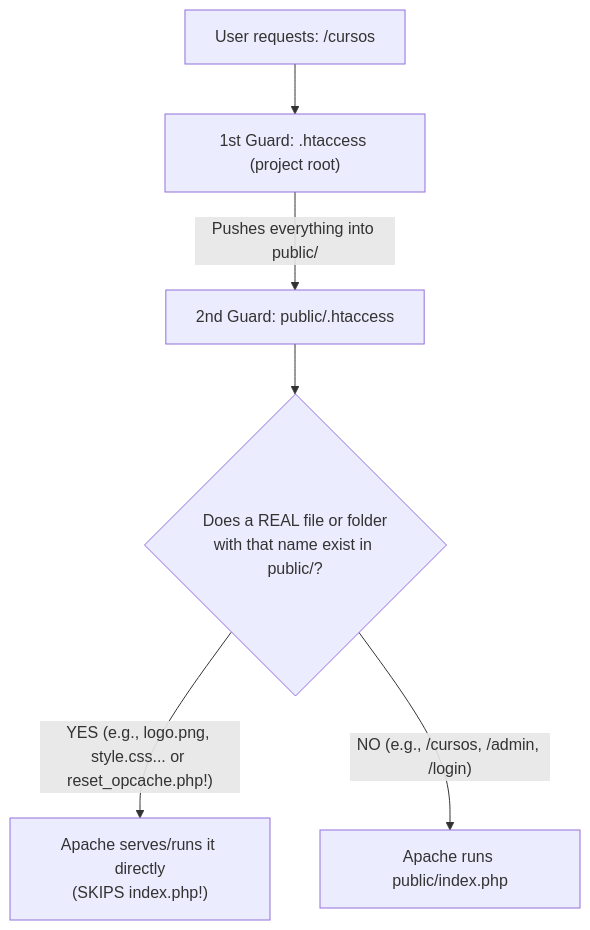
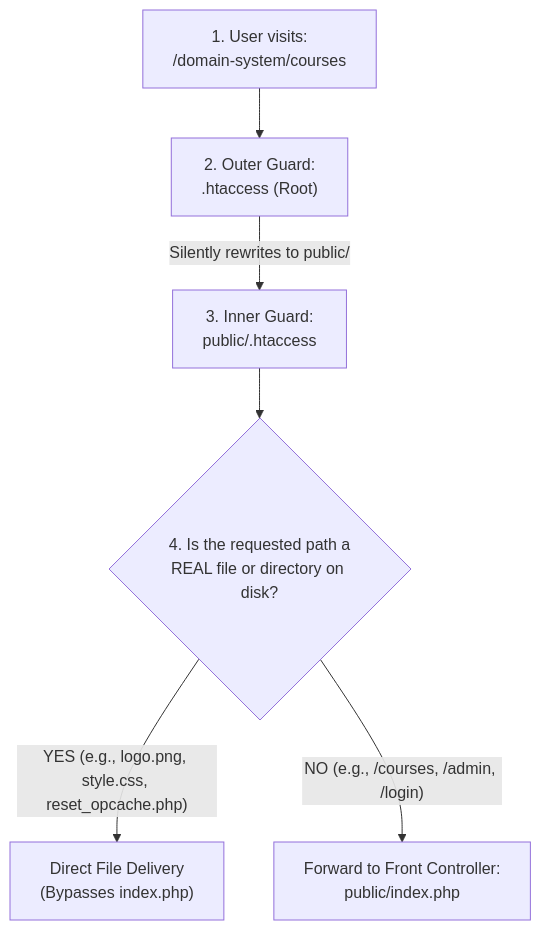
The diagram in docs/documentacao-sistema/en/01-server-start.md (hadelrachid/domain-system), drawn with Mermaid before and after one commit. The commit also changed other lines of this file and 5 other files, not shown here.

````diff
--- a/docs/documentacao-sistema/en/01-server-start.md
+++ b/docs/documentacao-sistema/en/01-server-start.md
@@ -25,8 +40,8 @@
 ```mermaid
 flowchart TD
-    U["User requests: /cursos"] --> H1["1st Guard: .htaccess (project root)"]
-    H1 -- "Pushes everything into public/" --> H2["2nd Guard: public/.htaccess"]
-    H2 --> Q{"Does a REAL file or folder<br/>with that name exist in public/?"}
-    Q -- "YES (e.g., logo.png, style.css... or reset_opcache.php!)" --> DIR["Apache serves/runs it directly<br/>(SKIPS index.php!)"]
-    Q -- "NO (e.g., /cursos, /admin, /login)" --> IDX["Apache runs public/index.php"]
+    U["1. User visits:<br/>/domain-system/courses"] --> H1["2. Outer Guard:<br/>.htaccess (Root)"]
+    H1 -- "Silently rewrites to public/" --> H2["3. Inner Guard:<br/>public/.htaccess"]
+    H2 --> Q{"4. Is the requested path a<br/>REAL file or directory on disk?"}
+    Q -- "YES (e.g., logo.png, style.css, reset_opcache.php)" --> DIR["Direct File Delivery<br/>(Bypasses index.php)"]
+    Q -- "NO (e.g., /courses, /admin, /login)" --> IDX["Forward to Front Controller:<br/>public/index.php"]
 ```
````
